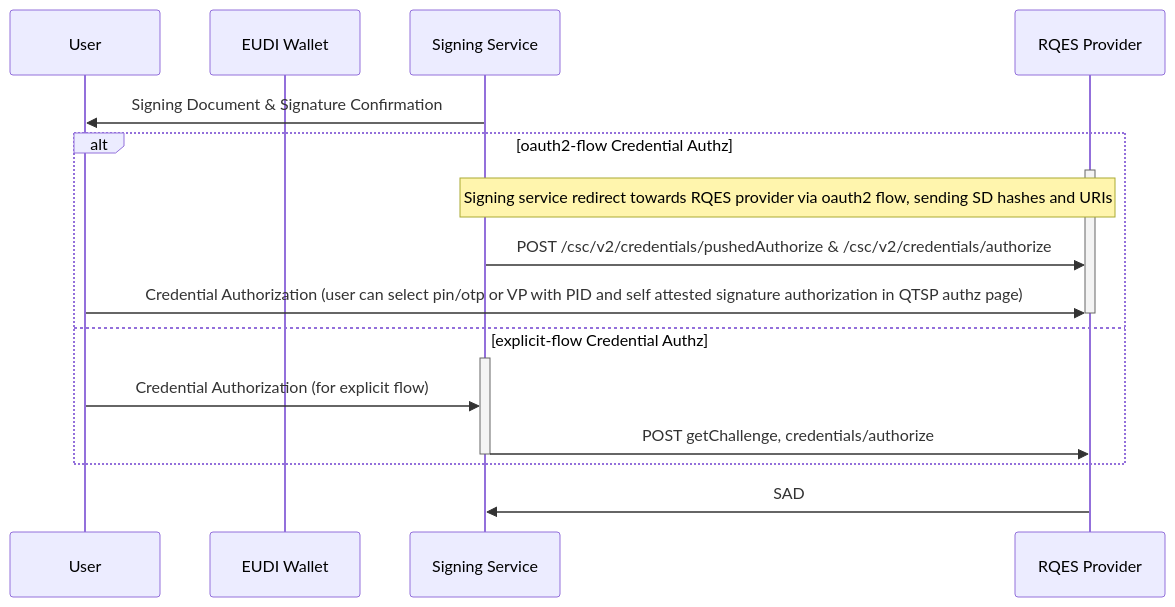
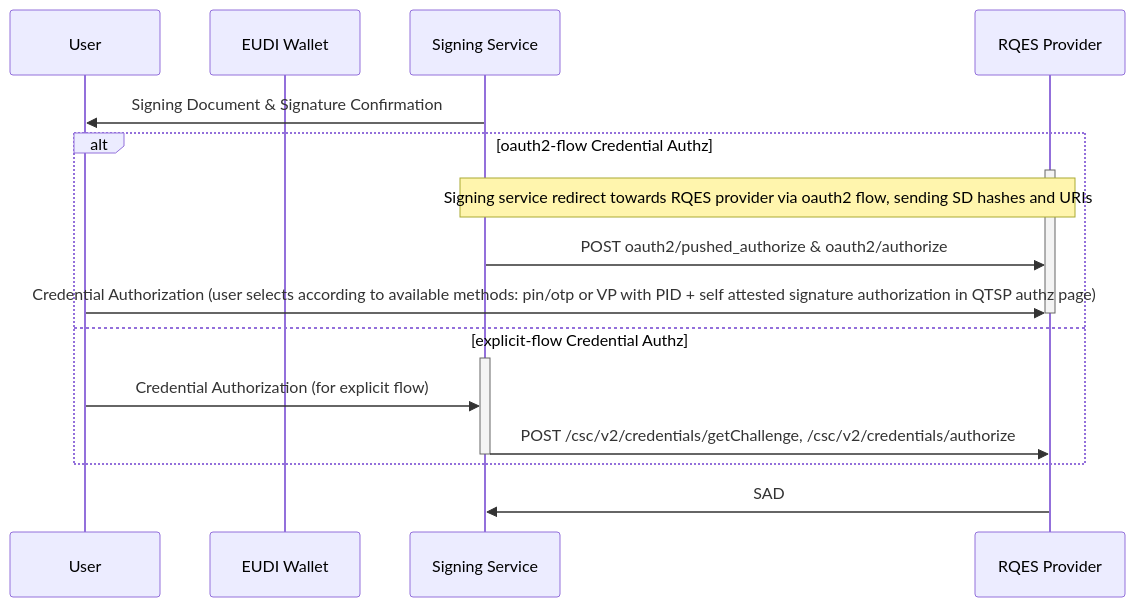
One commit to EWC-consortium/eudi-wallet-rfcs changed the fifth of 7 diagrams in ewc-rfc010-long-term-certifice-qes-creation.md. Above: the diagram before and after it, drawn with Mermaid. The commit also changed other lines of this file, not shown here.

````diff
--- a/ewc-rfc010-long-term-certifice-qes-creation.md
+++ b/ewc-rfc010-long-term-certifice-qes-creation.md
@@ -373,22 +402,21 @@
 ```mermaid
    sequenceDiagram
   participant User
   participant EUDI Wallet
   participant Signing Service
 
-     Signing Service->>User: Signing Document & Signature Confirmation
-    
+    Signing Service->>User: Signing Document & Signature Confirmation
     alt oauth2-flow Credential Authz
       activate RQES Provider
       Note over Signing Service,RQES Provider: Signing service redirect towards RQES provider via oauth2 flow, sending SD hashes and URIs
-      Signing Service->>RQES Provider: POST /csc/v2/credentials/pushedAuthorize & /csc/v2/credentials/authorize
-      User->>RQES Provider: Credential Authorization (user can select pin/otp or VP with PID and self attested signature authorization in QTSP authz page)
+      Signing Service->>RQES Provider: POST oauth2/pushed_authorize & oauth2/authorize
+      User->>RQES Provider: Credential Authorization (user selects according to available methods: pin/otp or VP with PID + self attested signature authorization in QTSP authz page)
       deactivate RQES Provider
     else explicit-flow Credential Authz
       activate Signing Service
       User->>Signing Service: Credential Authorization (for explicit flow)
-      Signing Service->>RQES Provider: POST getChallenge, credentials/authorize
+      Signing Service->>RQES Provider: POST /csc/v2/credentials/getChallenge, /csc/v2/credentials/authorize
       deactivate Signing Service
     end
     RQES Provider->>Signing Service: SAD
 ```
````
